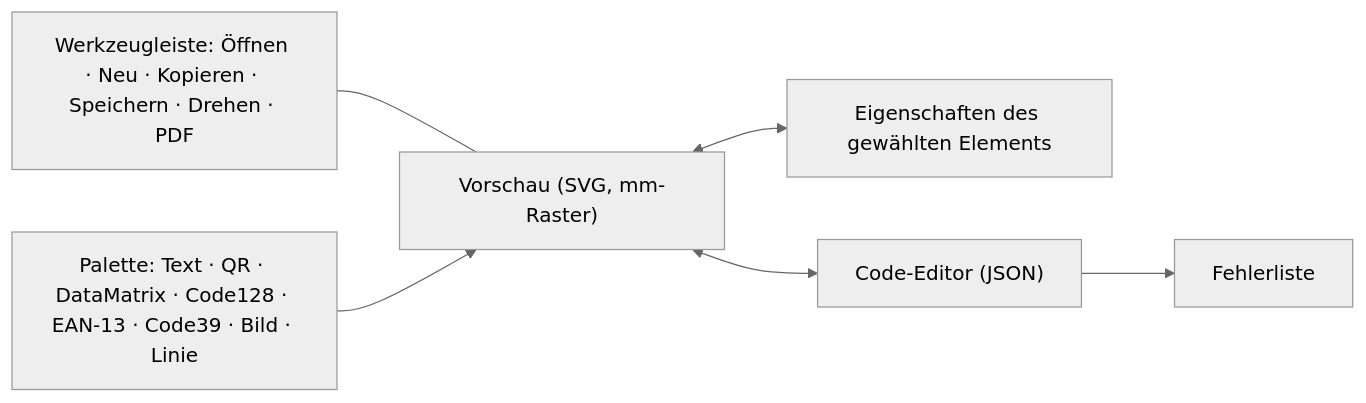
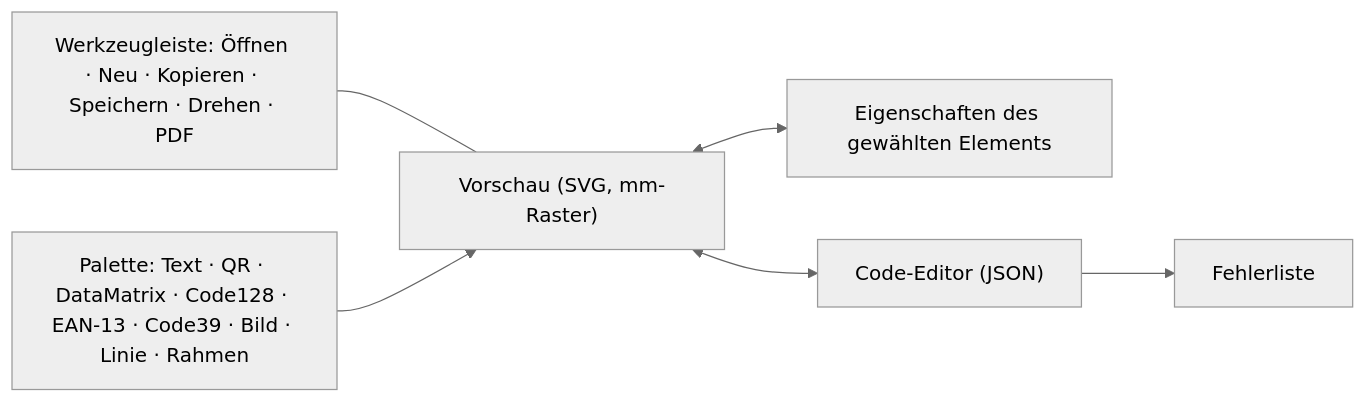
The fifth of 5 diagrams in docs/konzept.md (sfambach/wp_tax_label), drawn with Mermaid (neutral theme) before and after one commit. The commit also changed other lines of this file, not shown here.

````diff
--- a/docs/konzept.md
+++ b/docs/konzept.md
@@ -135,8 +136,8 @@
 ```mermaid
 flowchart LR
   T["Werkzeugleiste: Öffnen · Neu · Kopieren · Speichern · Drehen · PDF"] --- V
-  P["Palette: Text · QR · DataMatrix · Code128 · EAN-13 · Code39 · Bild · Linie"] --> V["Vorschau (SVG, mm-Raster)"]
+  P["Palette: Text · QR · DataMatrix · Code128 · EAN-13 · Code39 · Bild · Linie · Rahmen"] --> V["Vorschau (SVG, mm-Raster)"]
   V <--> E["Eigenschaften des gewählten Elements"]
   V <--> J["Code-Editor (JSON)"]
   J --> F["Fehlerliste"]
 ```
````
